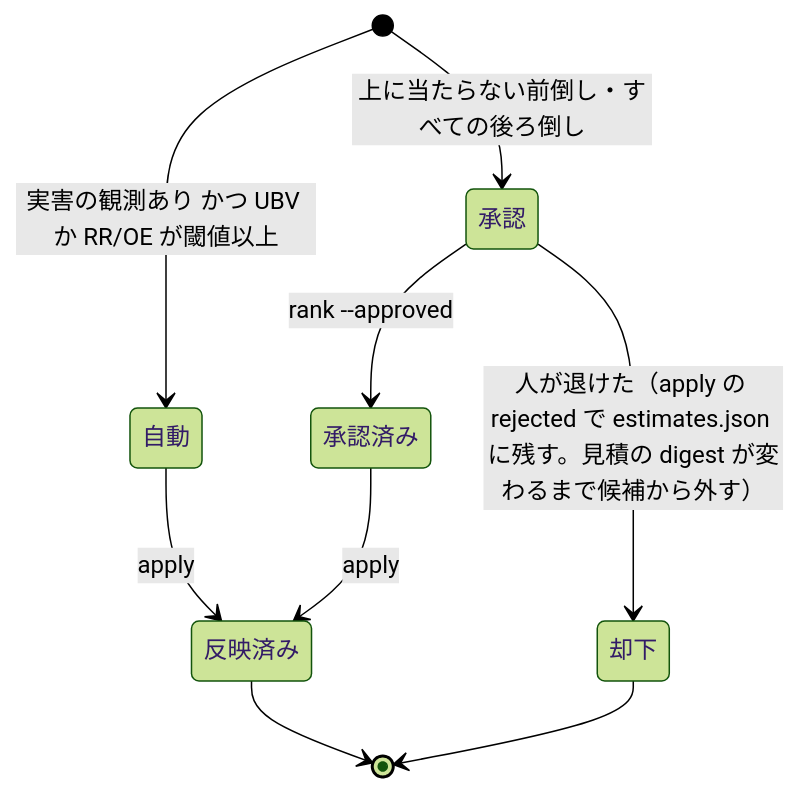
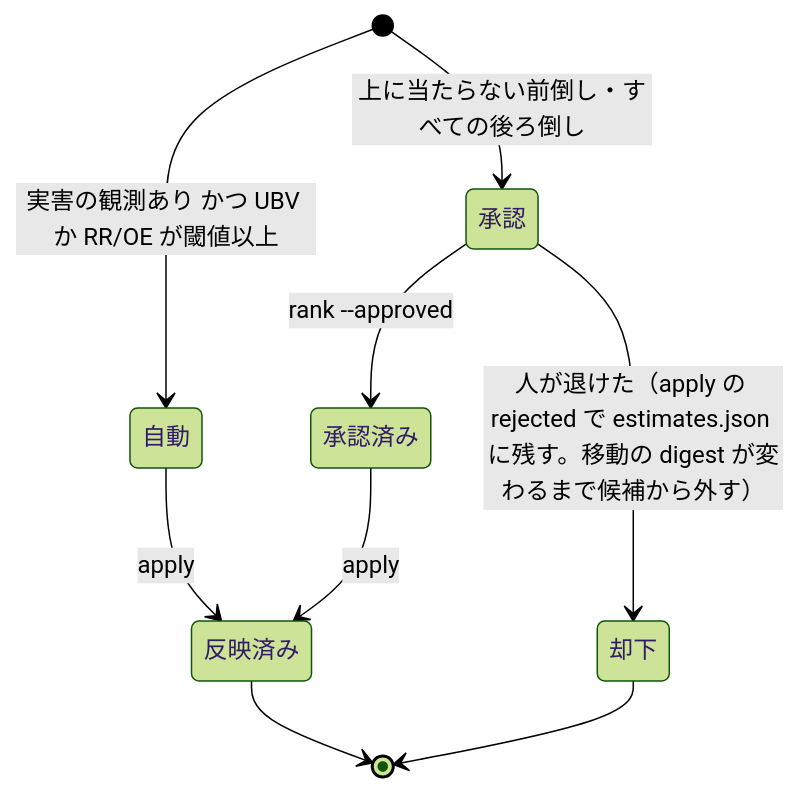
One commit to devbasex/ai-plugins changed the fifth of 5 diagrams in issues/issue-1429-design.md. Above: the diagram before and after it, drawn with Mermaid (forest theme). The commit also changed other lines of this file, not shown here.

Commit message:
design(#1429): 却下を移動の digest で識別し、後ろ倒しの判定の順序と向きの値を決める

````diff
--- a/issues/issue-1429-design.md
+++ b/issues/issue-1429-design.md
@@ -396,11 +411,11 @@
 ```mermaid
 stateDiagram-v2
     [*] --> 自動: 実害の観測あり かつ UBV か RR/OE が閾値以上
     [*] --> 承認: 上に当たらない前倒し・すべての後ろ倒し
     承認 --> 承認済み: rank --approved
-    承認 --> 却下: 人が退けた（apply の rejected で estimates.json に残す。見積の digest が変わるまで候補から外す）
+    承認 --> 却下: 人が退けた（apply の rejected で estimates.json に残す。移動の digest が変わるまで候補から外す）
     自動 --> 反映済み: apply
     承認済み --> 反映済み: apply
     反映済み --> [*]
     却下 --> [*]
 ```
````
